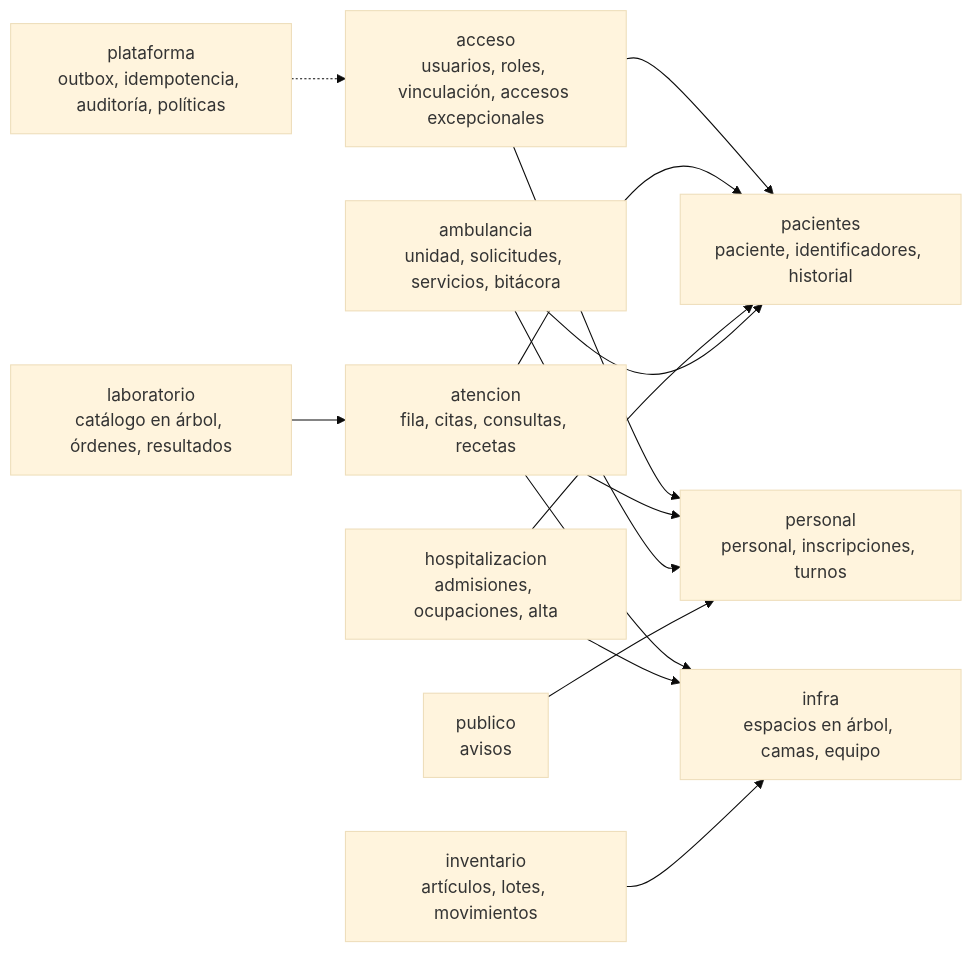
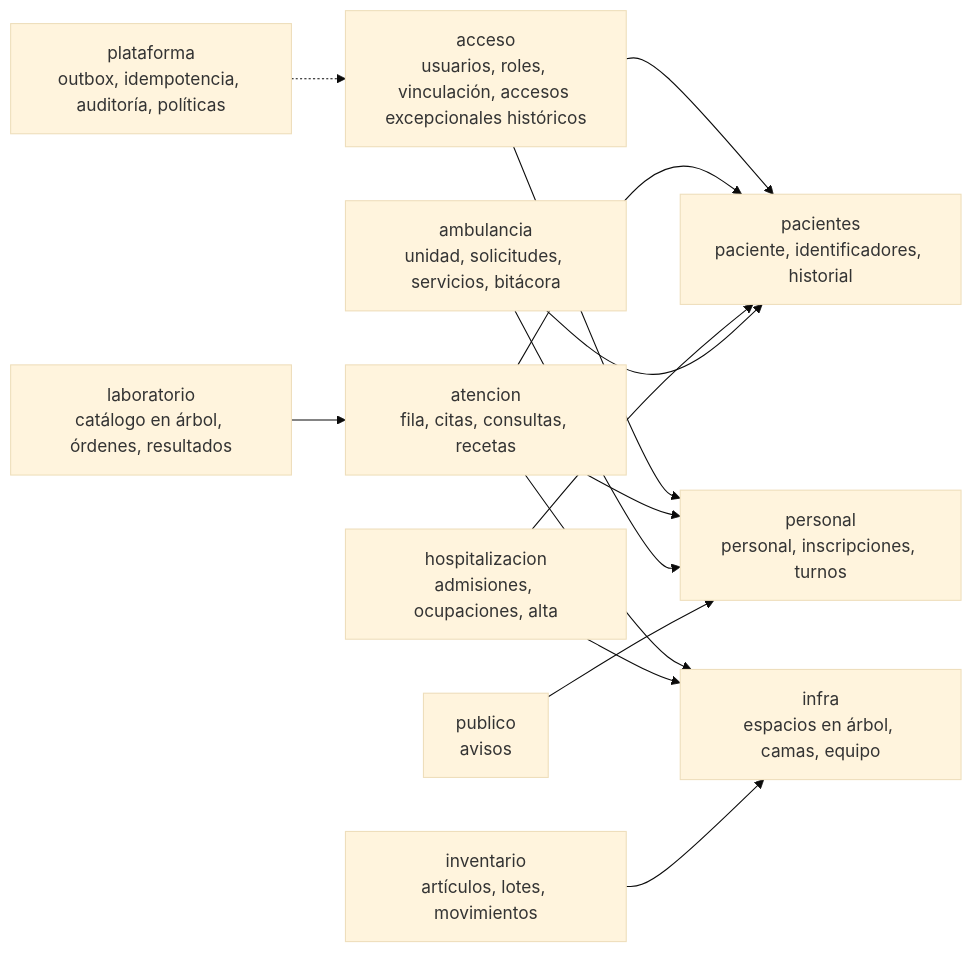
The first of 9 diagrams in docs/arquitectura/modelo-datos.md (jojosenthusiast/Gestion_hospitalaria_universitaria_Climesa), drawn with Mermaid (base theme) before and after one commit. The commit also changed 8 other files, not shown here.

````diff
--- a/docs/arquitectura/modelo-datos.md
+++ b/docs/arquitectura/modelo-datos.md
@@ -13,27 +13,27 @@
 ```mermaid
 flowchart LR
-  acceso[acceso<br/>usuarios, roles, vinculación, accesos excepcionales]
+  acceso[acceso<br/>usuarios, roles, vinculación, accesos excepcionales históricos]
   pacientes[pacientes<br/>paciente, identificadores, historial]
   personal[personal<br/>personal, inscripciones, turnos]
   infra[infra<br/>espacios en árbol, camas, equipo]
   atencion[atencion<br/>fila, citas, consultas, recetas]
   lab[laboratorio<br/>catálogo en árbol, órdenes, resultados]
   hosp[hospitalizacion<br/>admisiones, ocupaciones, alta]
   amb[ambulancia<br/>unidad, solicitudes, servicios, bitácora]
   inv[inventario<br/>artículos, lotes, movimientos]
   pub[publico<br/>avisos]
   plat[plataforma<br/>outbox, idempotencia, auditoría, políticas]
   acceso --> pacientes
   acceso --> personal
   atencion --> pacientes
   atencion --> personal
   atencion --> infra
   lab --> atencion
   hosp --> pacientes
   hosp --> infra
   amb --> pacientes
   amb --> personal
   inv --> infra
   pub --> personal
   plat -.-> acceso
 ```
````
